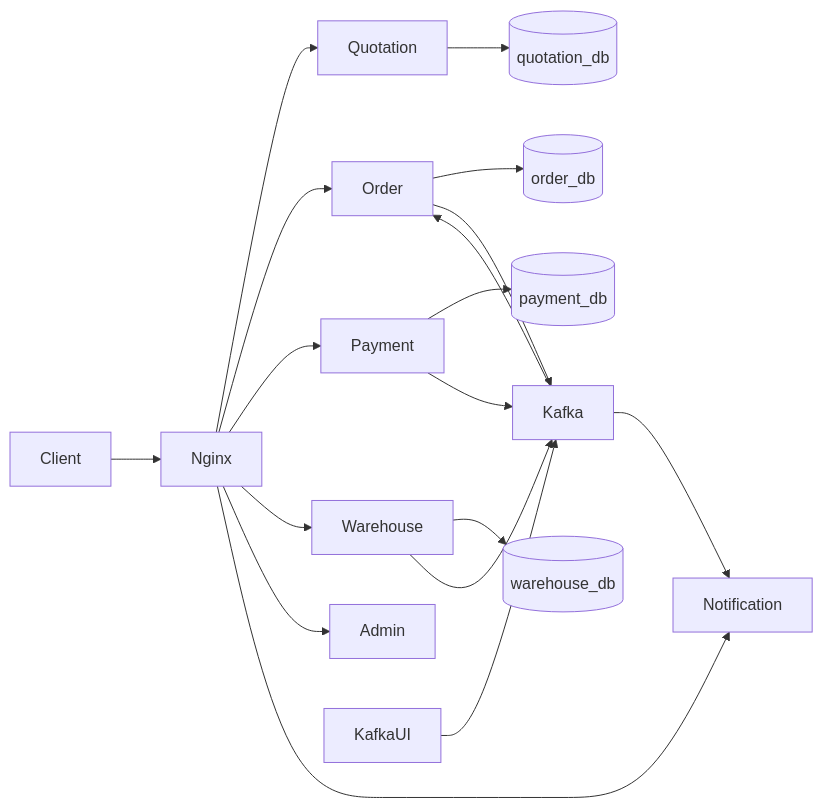
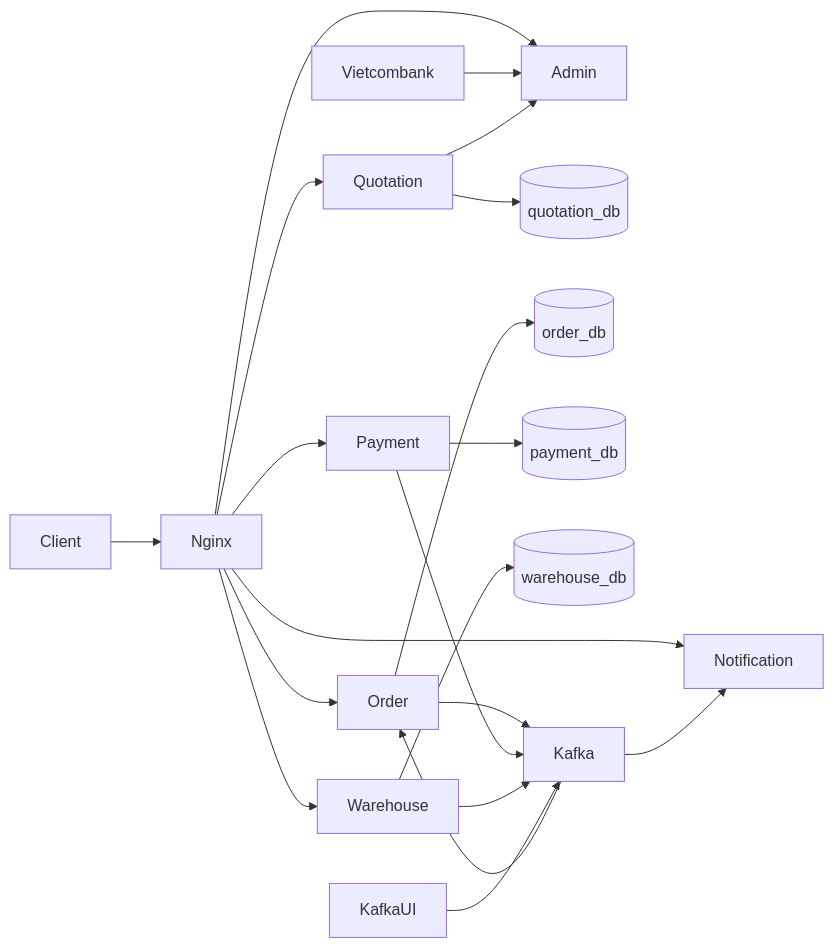
The first of 2 diagrams in docs/architecture.md (kenji-cmyk/cross-border-logistics), drawn with Mermaid before and after one commit. The commit also changed other lines of this file and 15 other files, not shown here.

````diff
--- a/docs/architecture.md
+++ b/docs/architecture.md
@@ -9,20 +9,22 @@
 ```mermaid
 flowchart LR
     Client --> Nginx
     Nginx --> Quotation
     Nginx --> Order
     Nginx --> Payment
     Nginx --> Warehouse
     Nginx --> Admin
     Nginx --> Notification
+    Vietcombank --> Admin
+    Quotation --> Admin
     Quotation --> QuotationDB[(quotation_db)]
     Order --> OrderDB[(order_db)]
     Payment --> PaymentDB[(payment_db)]
     Warehouse --> WarehouseDB[(warehouse_db)]
     Order --> Kafka
     Payment --> Kafka
     Warehouse --> Kafka
     Kafka --> Order
     Kafka --> Notification
     KafkaUI --> Kafka
 ```
````
